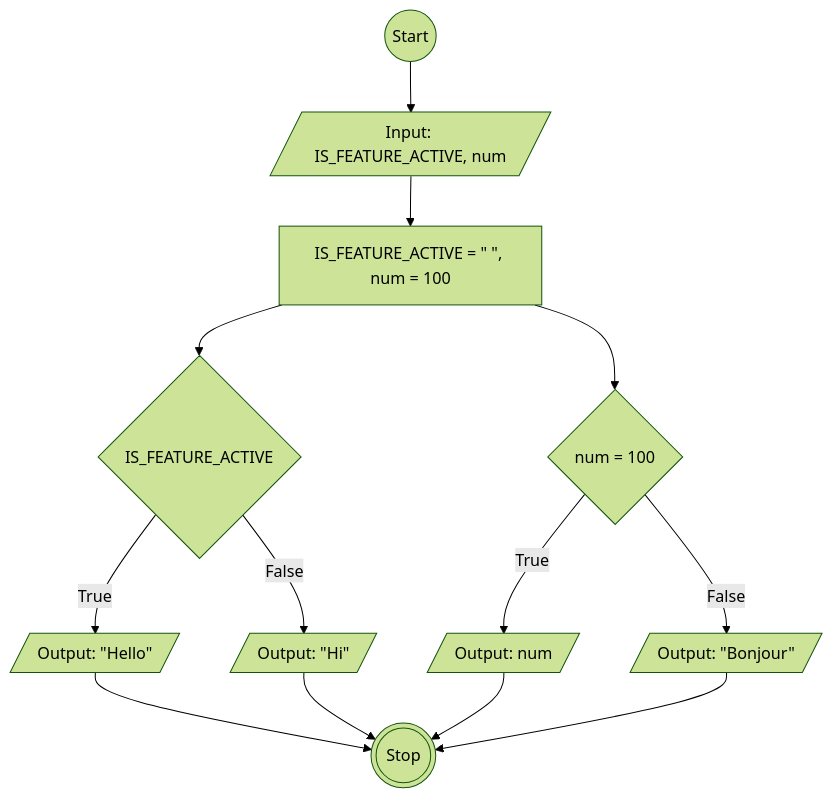
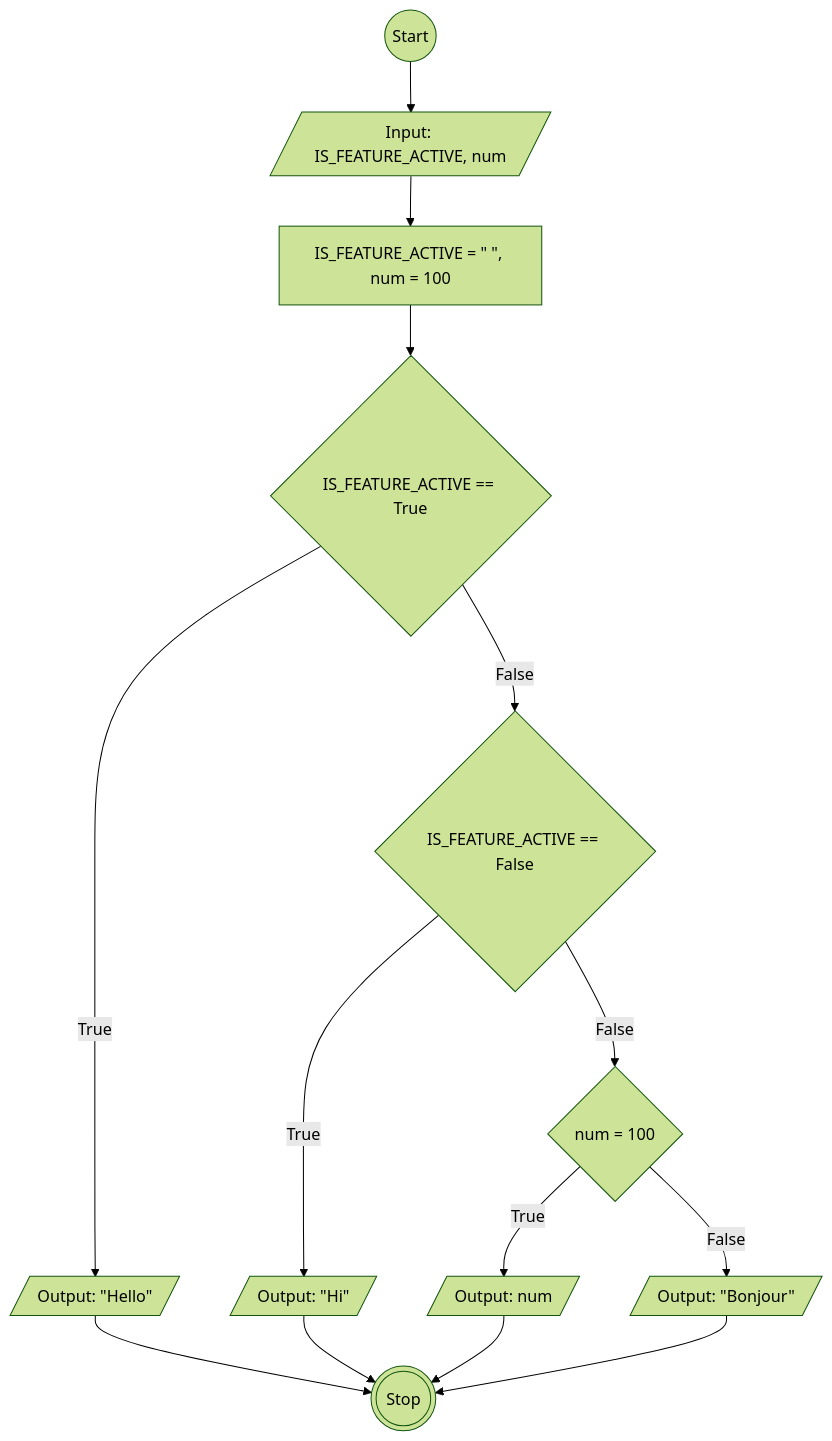
Before and after one commit to Vincentius31/koda-b6-javascript1: the diagram in flowchart-switch.md, drawn with Mermaid (forest theme).

````diff
--- a/flowchart-switch.md
+++ b/flowchart-switch.md
@@ -1,20 +1,22 @@
 ```mermaid
 flowchart TD
 idStart((Start))
 idInput[/Input: IS_FEATURE_ACTIVE, num/]
 idProcess[IS_FEATURE_ACTIVE = #quot; #quot;, num = 100]
-idSwitch{IS_FEATURE_ACTIVE}
+idSwitch{IS_FEATURE_ACTIVE == True}
 idOutputTrue[/Output: #quot;Hello#quot;/]
+idKondisiFalse{IS_FEATURE_ACTIVE == False}
 idOutputFalse[/Output: #quot;Hi#quot;/]
 kondisiDefault{num = 100}
 kondisiDefaultTrue[/Output: num/]
 kondisiDefaultFalse[/Output: #quot;Bonjour#quot;/]
 idStop(((Stop)))
 
 idStart --> idInput --> idProcess --> idSwitch
 idSwitch -- True --> idOutputTrue --> idStop
-idSwitch -- False --> idOutputFalse --> idStop
-idProcess --> kondisiDefault
+idSwitch -- False --> idKondisiFalse 
+idKondisiFalse -- True --> idOutputFalse --> idStop
+idKondisiFalse -- False --> kondisiDefault
 kondisiDefault -- True --> kondisiDefaultTrue --> idStop
 kondisiDefault -- False --> kondisiDefaultFalse --> idStop
 ```
````
